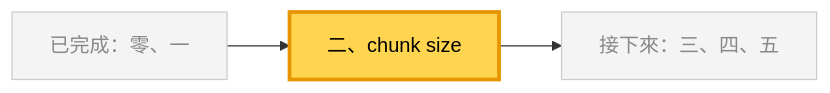
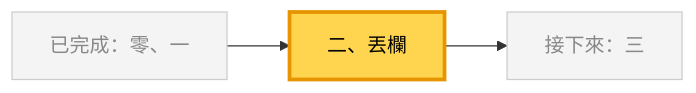
The sixth of 9 diagrams in docs/17.md (4-learn/data-analysis-and-process-demo), drawn with Mermaid before and after one commit. The commit also changed other lines of this file and 189 other files, not shown here.

````diff
--- a/docs/17.md
+++ b/docs/17.md
@@ -172,7 +204,7 @@
 ```mermaid
 flowchart LR
-    P["已完成：零、一"] --> C["二、chunk size"] --> N["接下來：三、四、五"]
+    P["已完成：零、一"] --> C["二、丟欄"] --> N["接下來：三"]
     classDef other fill:#f4f4f4,stroke:#cccccc,color:#888888
     class P,N other
     style C fill:#ffd54f,stroke:#e69500,stroke-width:3px,color:#000
 ```
````
